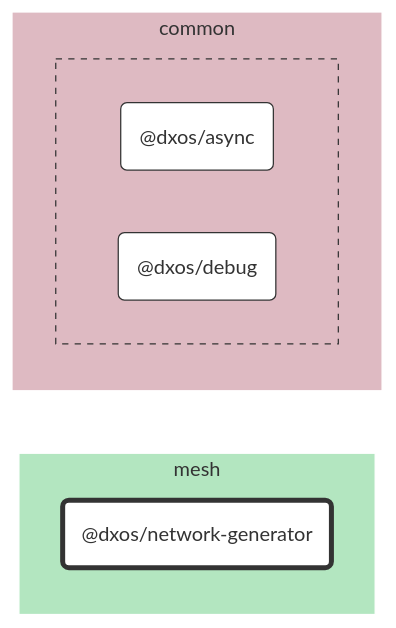
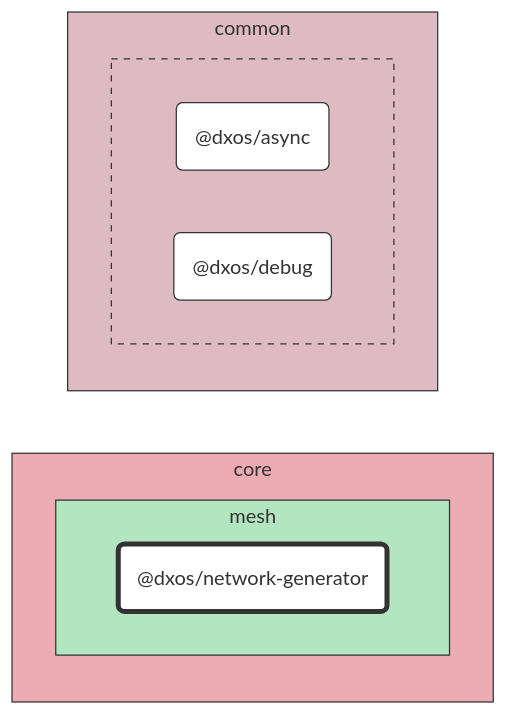
Before and after one commit to dxos/dxos: the diagram in packages/core/mesh/network-generator/docs/README.md, drawn with Mermaid. The commit also changed 89 other files, not shown here.

````diff
--- a/packages/core/mesh/network-generator/docs/README.md
+++ b/packages/core/mesh/network-generator/docs/README.md
@@ -7,32 +7,36 @@
 ```mermaid
 %%{ init: {'flowchart':{'curve':'basis'}} }%%
 
 flowchart LR
 
 %% Classes
 classDef def fill:#fff,stroke:#333,stroke-width:1px
 classDef root fill:#fff,stroke:#333,stroke-width:4px
 
 %% Nodes
 
-subgraph mesh [mesh]
-  style mesh fill:#b3e6c0,stroke:#fff
-  dxos/network-generator("@dxos/network-generator"):::root
-  click dxos/network-generator "dxos/dxos/tree/main/packages/core/mesh/network-generator/docs"
+subgraph core [core]
+  style core fill:#edabb3,stroke:#333
+
+  subgraph mesh [mesh]
+    style mesh fill:#b3e6c0,stroke:#333
+    dxos/network-generator("@dxos/network-generator"):::root
+    click dxos/network-generator "dxos/dxos/tree/main/packages/core/mesh/network-generator/docs"
+  end
 end
 
 subgraph common [common]
-  style common fill:#debac2,stroke:#fff
+  style common fill:#debac2,stroke:#333
 
-  subgraph common-excluded [ ]
-    style common-excluded fill:#debac2,stroke:#333,stroke-dasharray:5 5
+  subgraph _ [ ]
+    style _ fill:#debac2,stroke:#333,stroke-dasharray:5 5
     dxos/async("@dxos/async"):::def
     click dxos/async "dxos/dxos/tree/main/packages/common/async/docs"
     dxos/debug("@dxos/debug"):::def
     click dxos/debug "dxos/dxos/tree/main/packages/common/debug/docs"
   end
 end
 
 %% Links
 linkStyle default stroke:#333,stroke-width:1px
 ```
````
